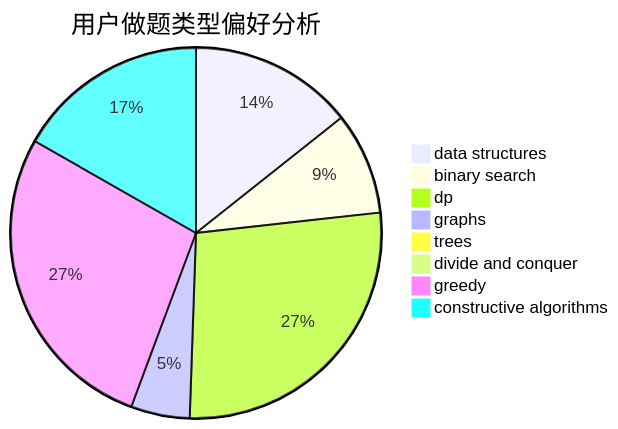
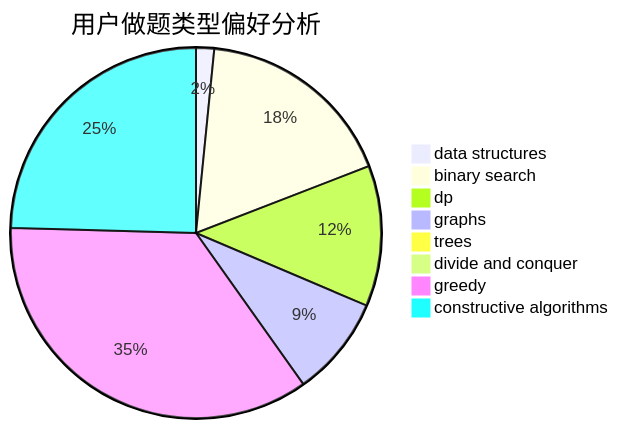
One commit to sherpahu/cfrs.github.io changed the second of 3 diagrams in docs/user/u2571.md. Above: the diagram before and after it, drawn with Mermaid. The commit also changed other lines of this file and 2770 other files, not shown here.

````diff
--- a/docs/user/u2571.md
+++ b/docs/user/u2571.md
@@ -23,11 +23,11 @@
 ```mermaid
 pie title 用户做题类型偏好分析
-    "data structures" :  53
-    "binary search" :  33
-    "dp" :  101
-    "graphs" :  19
-    "trees" :  1
+    "data structures" :  9
+    "binary search" :  100
+    "dp" :  70
+    "graphs" :  50
+    "trees" :  0
     "divide and conquer" :  0
-    "greedy" :  102
-    "constructive algorithms" :  62
+    "greedy" :  201
+    "constructive algorithms" :  140
 ```
````
